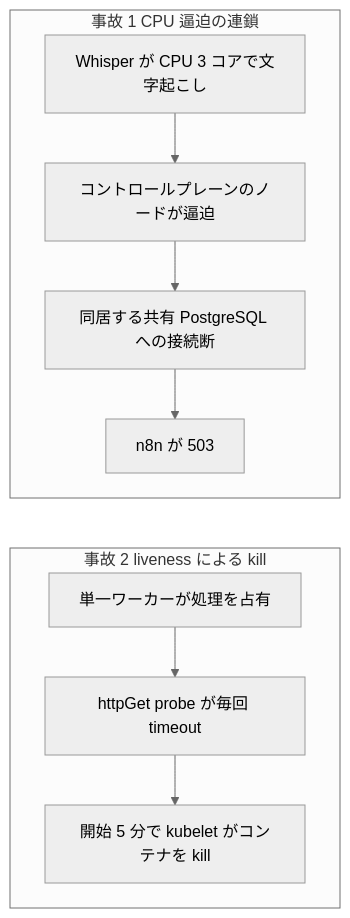
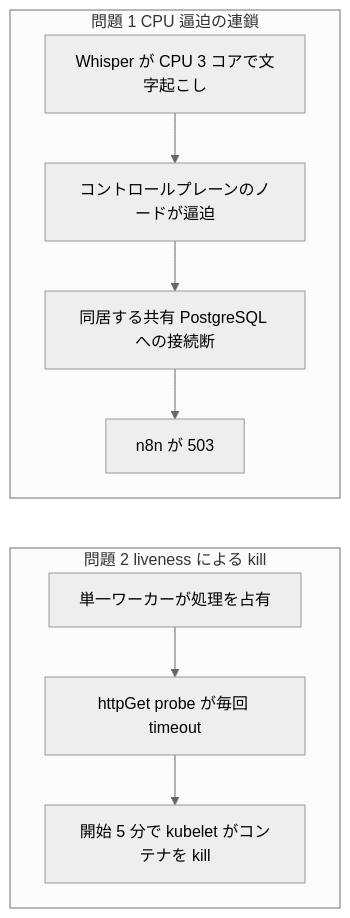
The fifth of 6 diagrams in articles/027-meeting-voice-to-todo-n8n-whisper.md (shinichitazawa/zenn-articles), drawn with Mermaid (neutral theme) before and after one commit. The commit also changed other lines of this file and 14 other files, not shown here.

````diff
--- a/articles/027-meeting-voice-to-todo-n8n-whisper.md
+++ b/articles/027-meeting-voice-to-todo-n8n-whisper.md
@@ -196,13 +196,13 @@
 ```mermaid
 flowchart TB
-  subgraph i1[事故 1 CPU 逼迫の連鎖]
+  subgraph i1[問題 1 CPU 逼迫の連鎖]
     A1[Whisper が CPU 3 コアで文字起こし] --> A2[コントロールプレーンのノードが逼迫]
     A2 --> A3[同居する共有 PostgreSQL への接続断]
     A3 --> A4[n8n が 503]
   end
-  subgraph i2[事故 2 liveness による kill]
+  subgraph i2[問題 2 liveness による kill]
     B1[単一ワーカーが処理を占有] --> B2[httpGet probe が毎回 timeout]
     B2 --> B3[開始 5 分で kubelet がコンテナを kill]
   end
   A4 ~~~ B1
 ```
````
